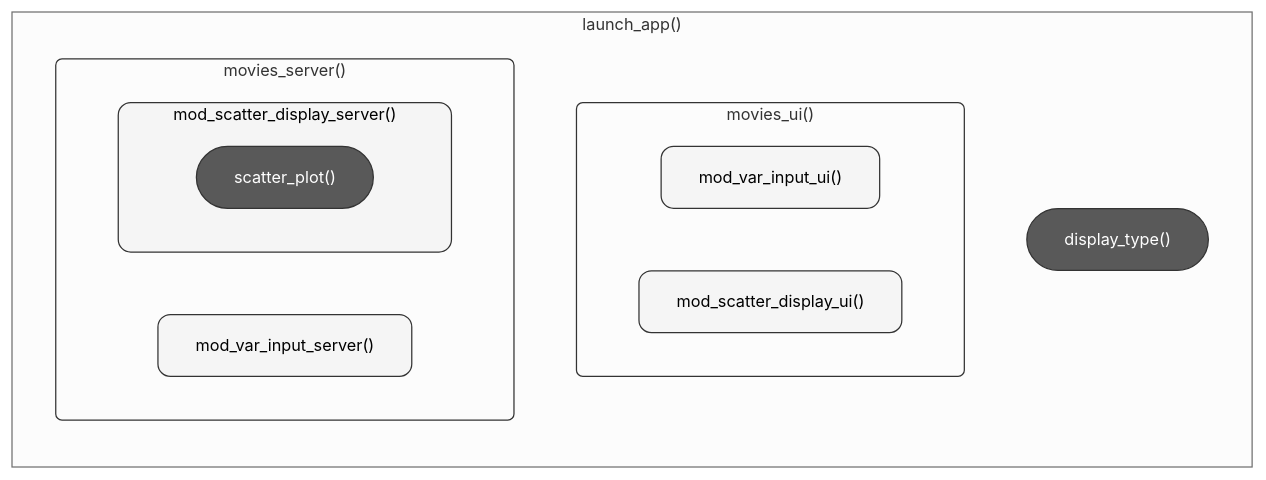
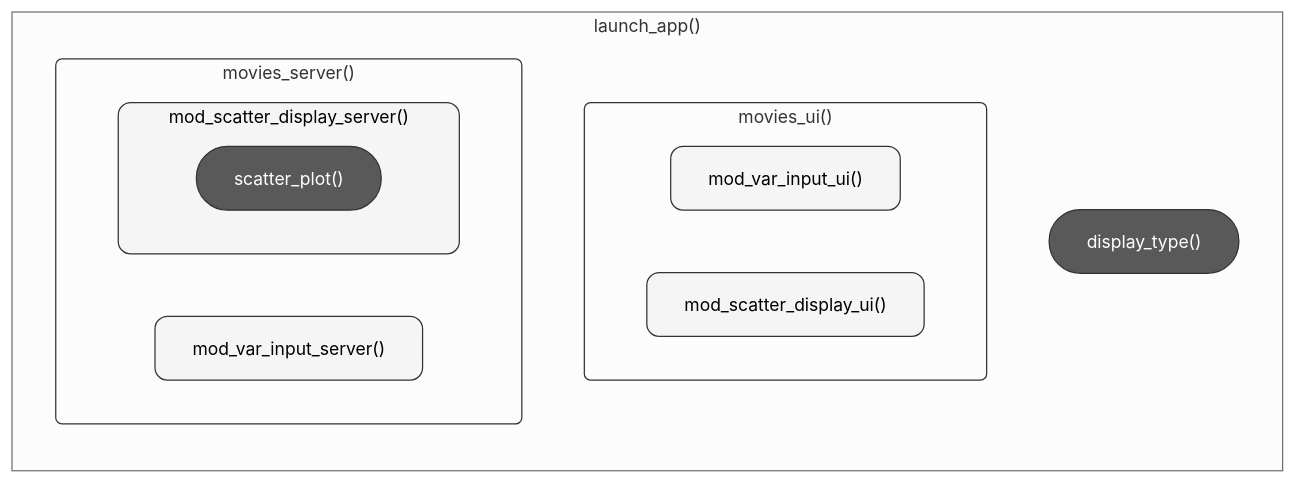
One commit to mjfrigaard/shiny-app-pkgs changed the first of 4 diagrams in debug.qmd. Above: the diagram before and after it, drawn with Mermaid. The commit also changed other lines of this file and 26 other files, not shown here.

````diff
--- a/debug.qmd
+++ b/debug.qmd
@@ -122,34 +122,33 @@
 ```{mermaid}
 %%| fig-cap: 'Debugging'
 %%| fig-align: center
 %%{init: {'theme': 'neutral', 'themeVariables': { 'fontFamily': 'monospace', "fontSize":"14px"}}}%%
-%%{init: {'theme': 'neutral', 'themeVariables': { 'fontFamily': 'monospace', "fontSize":"13px"}}}%%
 flowchart LR
         subgraph launch_app["launch_app()"]
             display_type["display_type()"]
             subgraph UI["movies_ui()"]
                 mod_var_input_ui["mod_var_input_ui()"]
                 mod_scatter_display_ui["mod_scatter_display_ui()"]
             end
             subgraph Server["movies_server()"]
                 mod_var_input_server["mod_var_input_server()"]
                 subgraph mod_scatter_display_server["mod_scatter_display_server()"]
                 scatter_plot["scatter_plot()"]
                 end
             end
         end
 
 
 style UI stroke:#333,stroke-width:1px,rx:5,ry:5
 style Server stroke:#333,stroke-width:1px,rx:5,ry:5
 
 style mod_var_input_ui color:#000,fill:#f5f5f5,stroke:#333,stroke-width:1px,rx:10,ry:10
 style mod_var_input_server color:#000,fill:#f5f5f5,stroke:#333,stroke-width:1px,rx:10,ry:10
 style mod_scatter_display_server color:#000,fill:#f5f5f5,stroke:#333,stroke-width:1px,rx:10,ry:10
 style mod_scatter_display_ui color:#000,fill:#f5f5f5,stroke:#333,stroke-width:1px,rx:10,ry:10
 
 style display_type color:#FFF,fill:#595959,stroke:#333,stroke-width:1px,rx:25,ry:25
 style scatter_plot color:#FFF,fill:#595959,stroke:#333,stroke-width:1px,rx:25,ry:25
 
 
 ```
````
